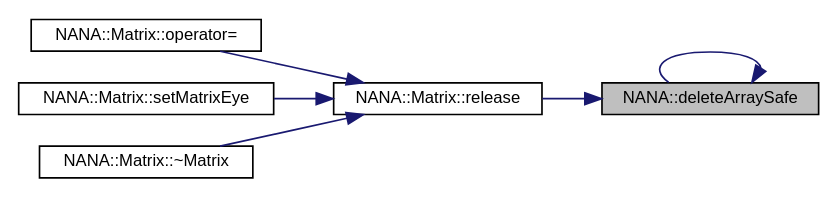
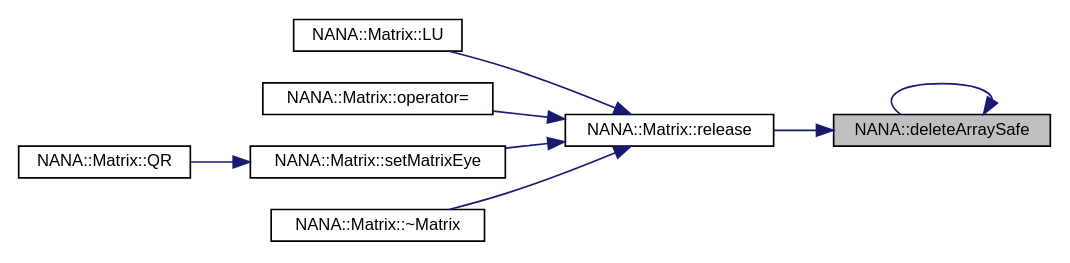
One commit to YuruTu/NANA changed the diagram in docs/safememory_8hpp_a4ef1679be806b08b4ac9941cb4045adb_icgraph.dot. Above: the diagram before and after it, drawn with Graphviz. The commit also changed 47 other files, not shown here.

```diff
--- a/docs/safememory_8hpp_a4ef1679be806b08b4ac9941cb4045adb_icgraph.dot
+++ b/docs/safememory_8hpp_a4ef1679be806b08b4ac9941cb4045adb_icgraph.dot
@@ -1,17 +1,21 @@
 digraph "NANA::deleteArraySafe"
 {
  // LATEX_PDF_SIZE
   edge [fontname="Helvetica",fontsize="10",labelfontname="Helvetica",labelfontsize="10"];
   node [fontname="Helvetica",fontsize="10",shape=record];
   rankdir="RL";
   Node1 [label="NANA::deleteArraySafe",height=0.2,width=0.4,color="black", fillcolor="grey75", style="filled", fontcolor="black",tooltip="deleteArraySafe 安全释放 xxx * a = new xxx[num];申请的内存"];
   Node1 -> Node1 [dir="back",color="midnightblue",fontsize="10",style="solid",fontname="Helvetica"];
   Node1 -> Node2 [dir="back",color="midnightblue",fontsize="10",style="solid",fontname="Helvetica"];
   Node2 [label="NANA::Matrix::release",height=0.2,width=0.4,color="black", fillcolor="white", style="filled",URL="$class_n_a_n_a_1_1_matrix.html#af89b2a36817707cc891210384ac59f98",tooltip="释放已申请的内存"];
   Node2 -> Node3 [dir="back",color="midnightblue",fontsize="10",style="solid",fontname="Helvetica"];
-  Node3 [label="NANA::Matrix::operator=",height=0.2,width=0.4,color="black", fillcolor="white", style="filled",URL="$class_n_a_n_a_1_1_matrix.html#af8f91cc9e267b3c55d0b8e6cb80351c4",tooltip="等于时"];
+  Node3 [label="NANA::Matrix::LU",height=0.2,width=0.4,color="black", fillcolor="white", style="filled",URL="$class_n_a_n_a_1_1_matrix.html#a4fa999237fe4b55b662bcd8e38707d1e",tooltip="实现矩阵的LU分解"];
   Node2 -> Node4 [dir="back",color="midnightblue",fontsize="10",style="solid",fontname="Helvetica"];
-  Node4 [label="NANA::Matrix::setMatrixEye",height=0.2,width=0.4,color="black", fillcolor="white", style="filled",URL="$class_n_a_n_a_1_1_matrix.html#a0a5423a5d4ad70b3225216b7a6542ee4",tooltip="将当前矩阵设置为单位矩阵"];
+  Node4 [label="NANA::Matrix::operator=",height=0.2,width=0.4,color="black", fillcolor="white", style="filled",URL="$class_n_a_n_a_1_1_matrix.html#af8f91cc9e267b3c55d0b8e6cb80351c4",tooltip="等于时"];
   Node2 -> Node5 [dir="back",color="midnightblue",fontsize="10",style="solid",fontname="Helvetica"];
-  Node5 [label="NANA::Matrix::~Matrix",height=0.2,width=0.4,color="black", fillcolor="white", style="filled",URL="$class_n_a_n_a_1_1_matrix.html#af6db31f44e0cedf29f256b35049a5d20",tooltip="矩阵的析构函数，释放申请的内存"];
+  Node5 [label="NANA::Matrix::setMatrixEye",height=0.2,width=0.4,color="black", fillcolor="white", style="filled",URL="$class_n_a_n_a_1_1_matrix.html#a0a5423a5d4ad70b3225216b7a6542ee4",tooltip="将当前矩阵设置为单位矩阵"];
+  Node5 -> Node6 [dir="back",color="midnightblue",fontsize="10",style="solid",fontname="Helvetica"];
+  Node6 [label="NANA::Matrix::QR",height=0.2,width=0.4,color="black", fillcolor="white", style="filled",URL="$class_n_a_n_a_1_1_matrix.html#a521948ec0114d2e2204782b2bfd11bb0",tooltip="基于豪斯荷尔德变换实现矩阵的QR分解"];
+  Node2 -> Node7 [dir="back",color="midnightblue",fontsize="10",style="solid",fontname="Helvetica"];
+  Node7 [label="NANA::Matrix::~Matrix",height=0.2,width=0.4,color="black", fillcolor="white", style="filled",URL="$class_n_a_n_a_1_1_matrix.html#af6db31f44e0cedf29f256b35049a5d20",tooltip="矩阵的析构函数，释放申请的内存"];
 }
```
